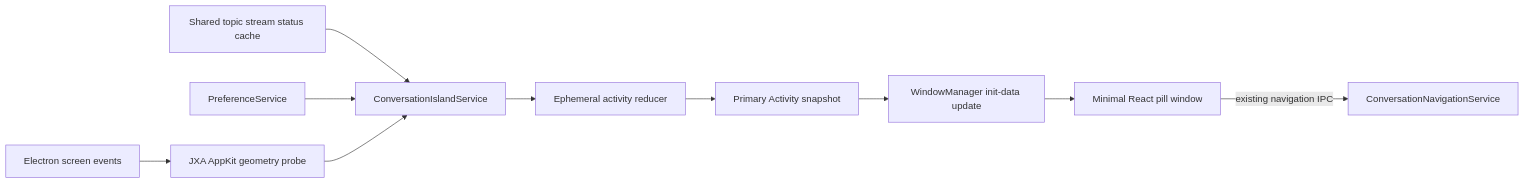
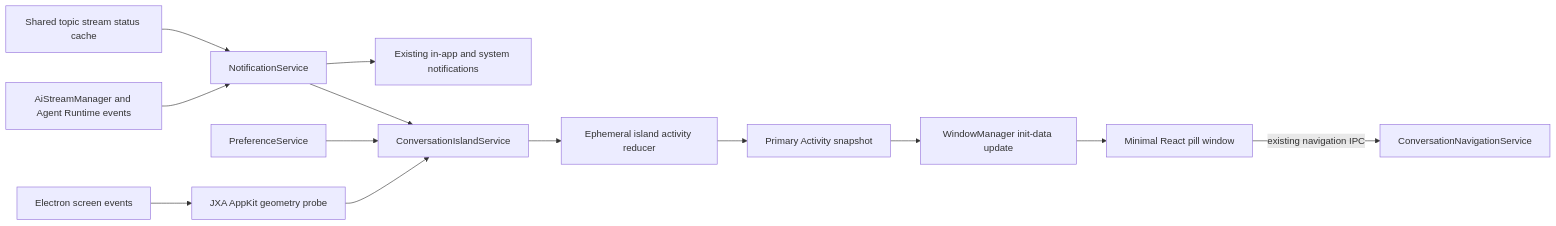
Before and after one commit to CherryHQ/cherry-studio: the diagram in docs/superpowers/specs/2026-08-21-macos-conversation-island-design.md, drawn with Mermaid. The commit also changed other lines of this file, not shown here.

Commit message:
docs(conversation-island): share notification source

````diff
--- a/docs/superpowers/specs/2026-08-21-macos-conversation-island-design.md
+++ b/docs/superpowers/specs/2026-08-21-macos-conversation-island-design.md
@@ -163,12 +163,15 @@
 ```mermaid
 flowchart LR
-  Cache[Shared topic stream status cache] --> Service[ConversationIslandService]
+  Cache[Shared topic stream status cache] --> Notifications[NotificationService]
+  Events[AiStreamManager and Agent Runtime events] --> Notifications
+  Notifications --> System[Existing in-app and system notifications]
+  Notifications --> Service[ConversationIslandService]
   Preference[PreferenceService] --> Service
   Screen[Electron screen events] --> Geometry[JXA AppKit geometry probe]
   Geometry --> Service
-  Service --> State[Ephemeral activity reducer]
+  Service --> State[Ephemeral island activity reducer]
   State --> Snapshot[Primary Activity snapshot]
   Snapshot --> WM[WindowManager init-data update]
   WM --> Pill[Minimal React pill window]
   Pill -->|existing navigation IPC| Navigation[ConversationNavigationService]
 ```
````
